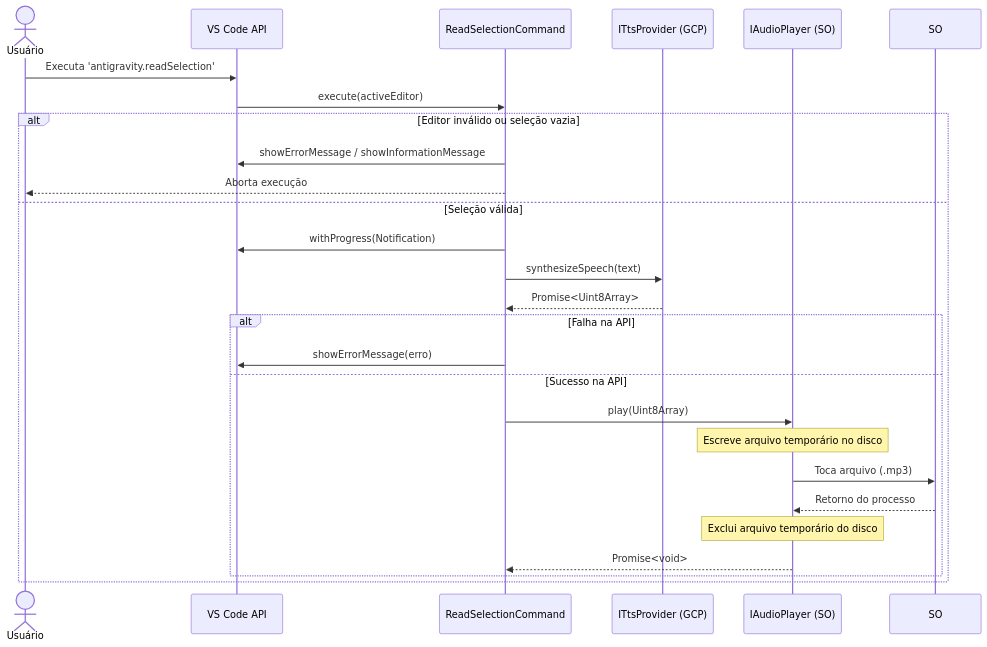
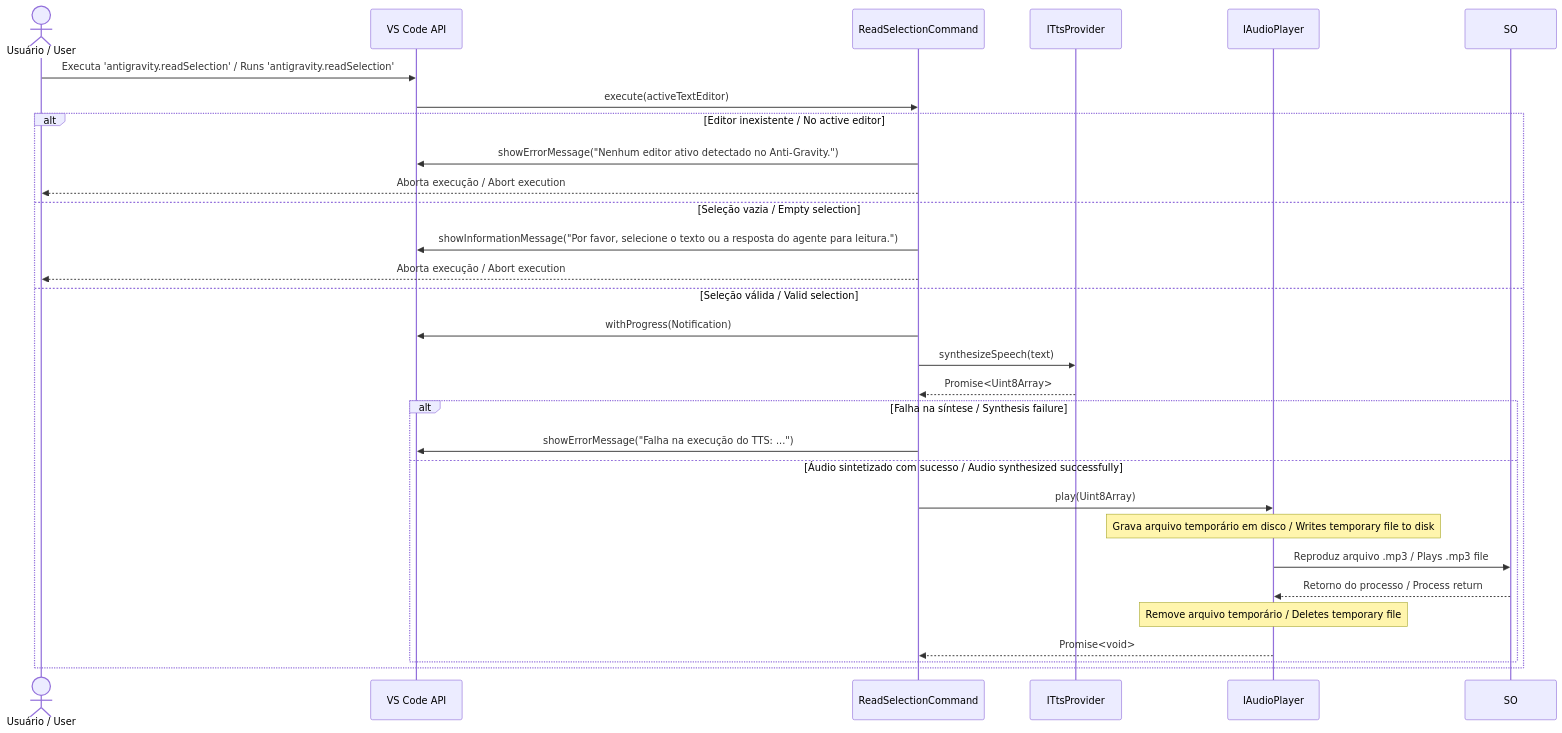
Before and after one commit to kernelpenguin/antigravity-gemini-voice: the third of 3 diagrams in docs/architecture.md, drawn with Mermaid. The commit also changed other lines of this file, not shown here.

Commit message:
Update docs/architecture.md with bilingual and factually accurate content

````diff
--- a/docs/architecture.md
+++ b/docs/architecture.md
@@ -78,31 +91,34 @@
 ```mermaid
 sequenceDiagram
-    actor User as Usuário
+    actor User as Usuário / User
     participant VSCode as VS Code API
     participant Command as ReadSelectionCommand
-    participant TTS as ITtsProvider (GCP)
-    participant Audio as IAudioPlayer (SO)
+    participant TTS as ITtsProvider
+    participant Audio as IAudioPlayer
     
-    User->>VSCode: Executa 'antigravity.readSelection'
-    VSCode->>Command: execute(activeEditor)
+    User->>VSCode: Executa 'antigravity.readSelection' / Runs 'antigravity.readSelection'
+    VSCode->>Command: execute(activeTextEditor)
     
-    alt Editor inválido ou seleção vazia
-        Command->>VSCode: showErrorMessage / showInformationMessage
-        Command-->>User: Aborta execução
-    else Seleção válida
+    alt Editor inexistente / No active editor
+        Command->>VSCode: showErrorMessage("Nenhum editor ativo detectado no Anti-Gravity.")
+        Command-->>User: Aborta execução / Abort execution
+    else Seleção vazia / Empty selection
+        Command->>VSCode: showInformationMessage("Por favor, selecione o texto ou a resposta do agente para leitura.")
+        Command-->>User: Aborta execução / Abort execution
+    else Seleção válida / Valid selection
         Command->>VSCode: withProgress(Notification)
         Command->>TTS: synthesizeSpeech(text)
         TTS-->>Command: Promise<Uint8Array>
         
-        alt Falha na API
-            Command->>VSCode: showErrorMessage(erro)
-        else Sucesso na API
+        alt Falha na síntese / Synthesis failure
+            Command->>VSCode: showErrorMessage("Falha na execução do TTS: ...")
+        else Áudio sintetizado com sucesso / Audio synthesized successfully
             Command->>Audio: play(Uint8Array)
-            note over Audio: Escreve arquivo temporário no disco
-            Audio->>SO: Toca arquivo (.mp3)
-            SO-->>Audio: Retorno do processo
-            note over Audio: Exclui arquivo temporário do disco
+            note over Audio: Grava arquivo temporário em disco / Writes temporary file to disk
+            Audio->>SO: Reproduz arquivo .mp3 / Plays .mp3 file
+            SO-->>Audio: Retorno do processo / Process return
+            note over Audio: Remove arquivo temporário / Deletes temporary file
             Audio-->>Command: Promise<void>
         end
     end
 ```
````
